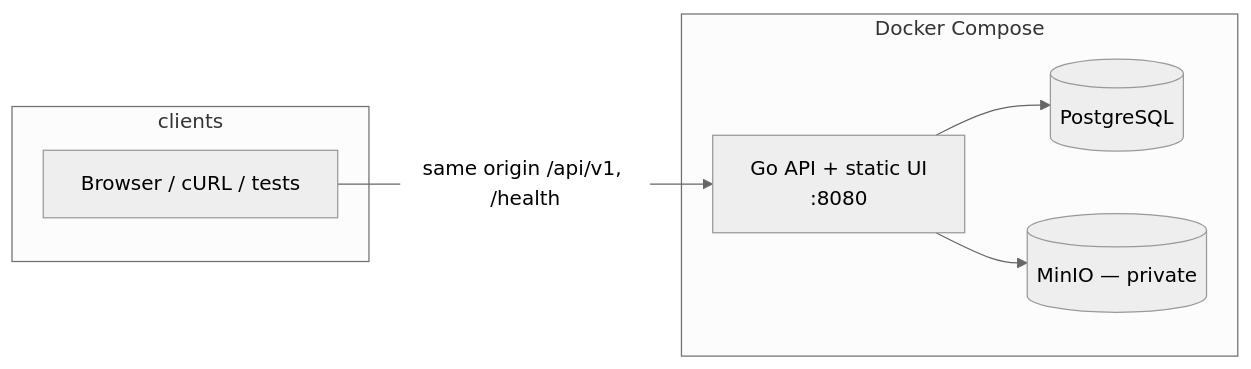
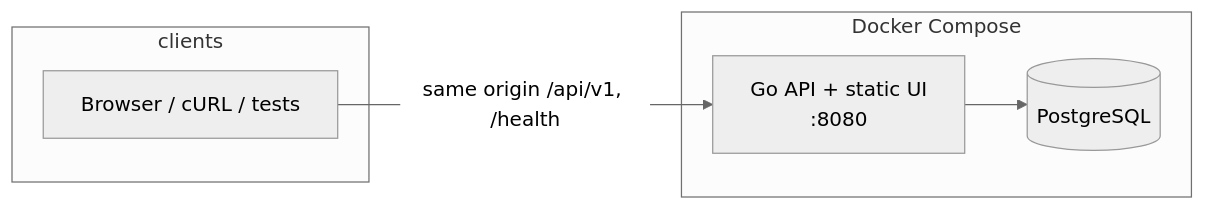
One commit to nghialthanh/inventory_dashboard changed the first of 3 diagrams in docs/SYSTEM_DESIGN.md. Above: the diagram before and after it, drawn with Mermaid (neutral theme). The commit also changed other lines of this file and 60 other files, not shown here.

````diff
--- a/docs/SYSTEM_DESIGN.md
+++ b/docs/SYSTEM_DESIGN.md
@@ -15,14 +15,12 @@
 ```mermaid
 flowchart LR
   subgraph clients
     Browser[Browser / cURL / tests]
   end
   subgraph compose["Docker Compose"]
     API["Go API + static UI\n:8080"]
     PG[(PostgreSQL)]
-    MINIO[(MinIO — private)]
   end
   Browser -->|same origin /api/v1, /health| API
   API --> PG
-  API --> MINIO
 ```
````
